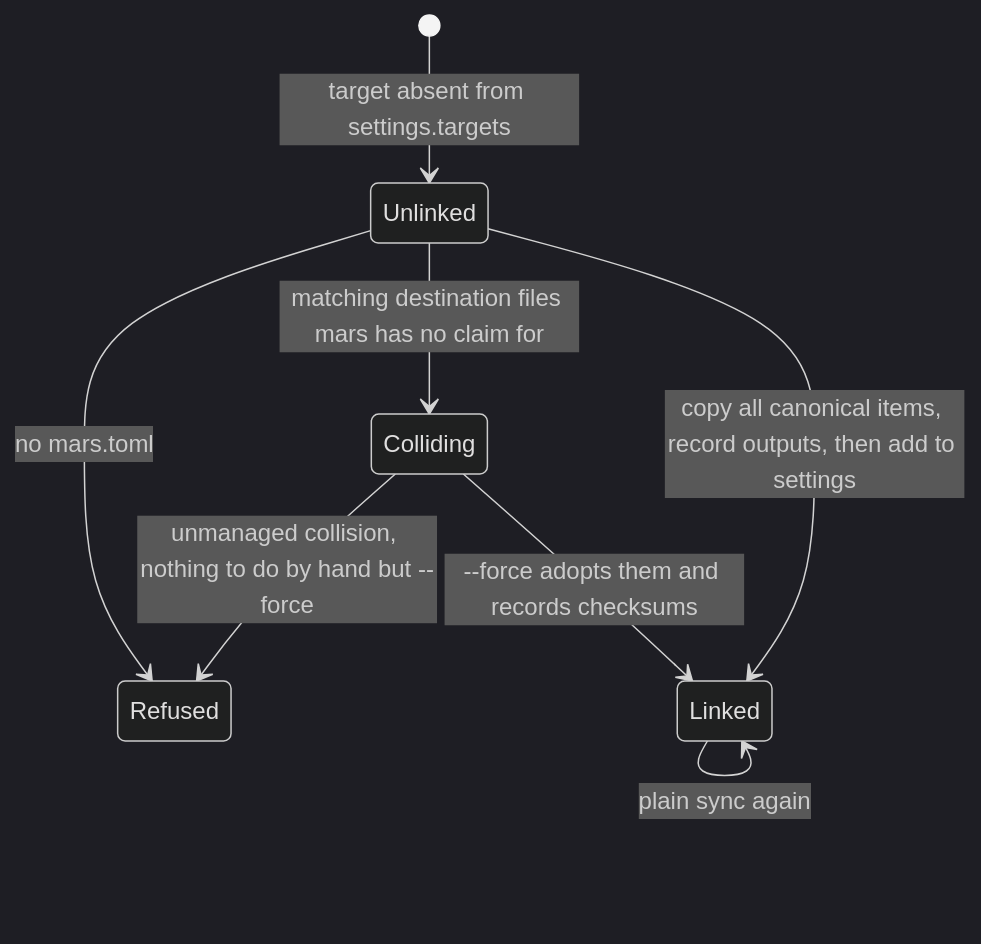
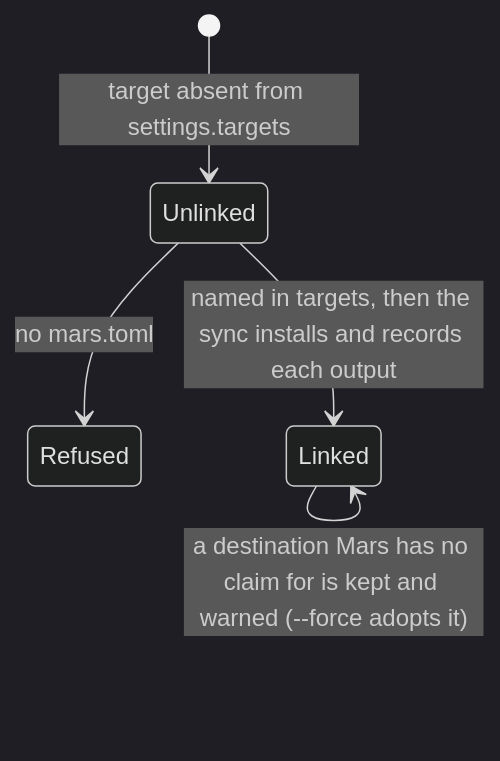
The second of 7 diagrams in src/cli/.context/state-machines.md (haowjy/mars-agents), drawn with Mermaid (dark theme) before and after one commit. The commit also changed other lines of this file and 28 other files, not shown here.

````diff
--- a/src/cli/.context/state-machines.md
+++ b/src/cli/.context/state-machines.md
@@ -52,10 +52,7 @@
 ```mermaid
 stateDiagram-v2
   [*] --> Unlinked: target absent from settings.targets
   Unlinked --> Refused: no mars.toml
-  Unlinked --> Colliding: matching destination files mars has no claim for
-  Colliding --> Linked: --force adopts them and records checksums
-  Colliding --> Refused: unmanaged collision, nothing to do by hand but --force
-  Unlinked --> Linked: copy all canonical items, record outputs, then add to settings
-  Linked --> Linked: plain sync again
+  Unlinked --> Linked: named in targets, then the sync installs and records each output
+  Linked --> Linked: a destination Mars has no claim for is kept and warned (--force adopts it)
 ```
````
